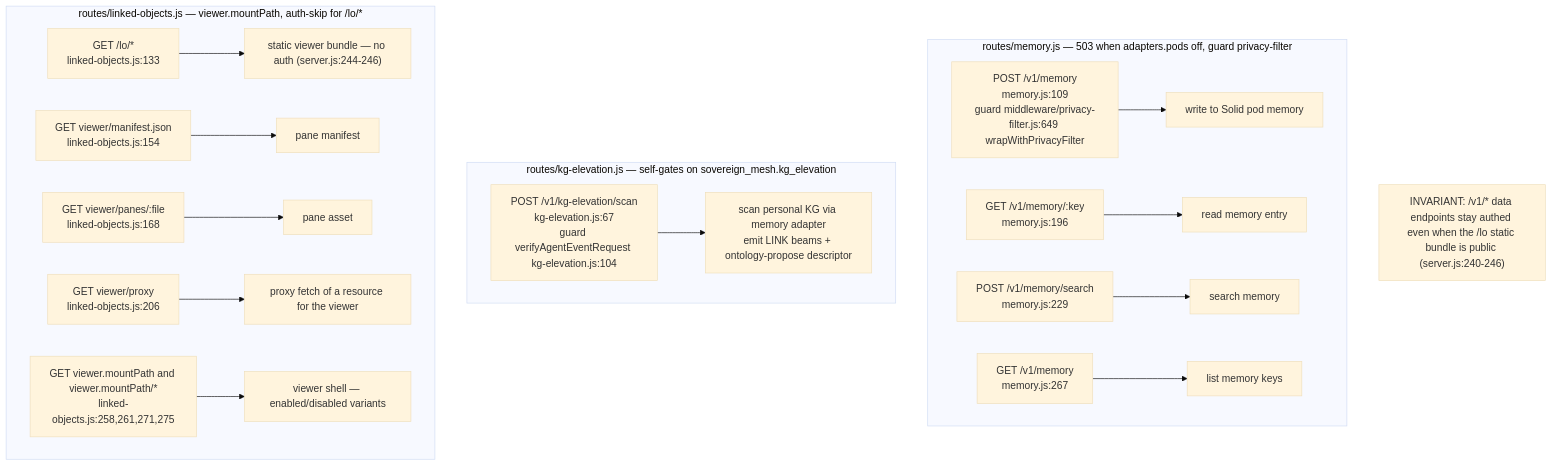
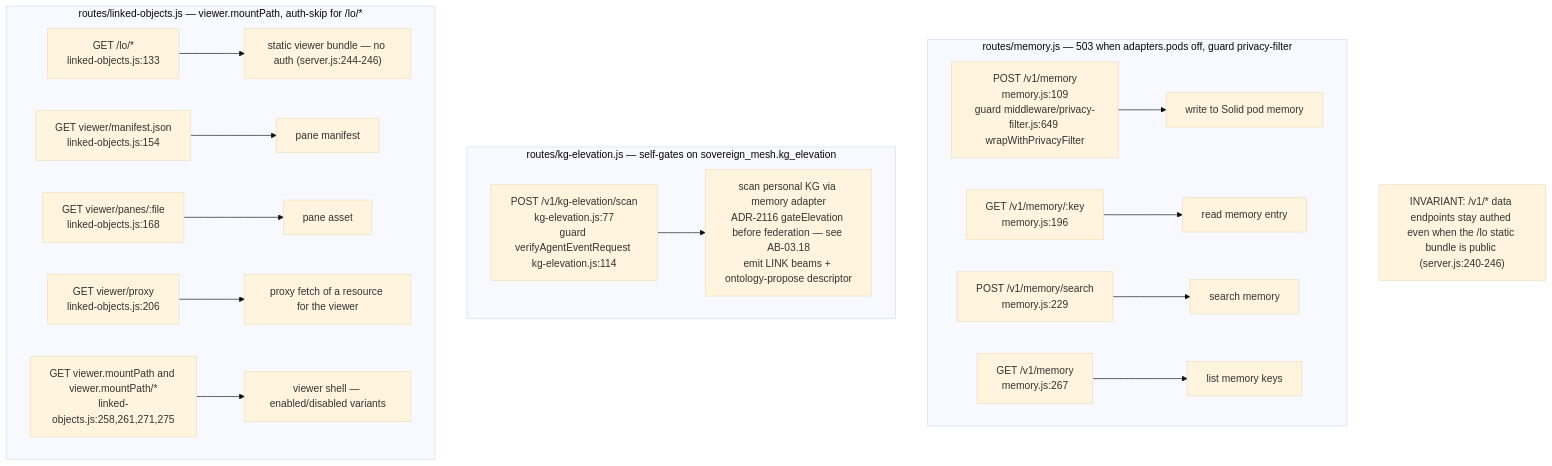
The eighth of 17 diagrams in docs/diagrams/agentbox/03-management-api-request-lifecycle.md (DreamLab-AI/VisionFlow), drawn with Mermaid (base theme) before and after one commit. The commit also changed other lines of this file and 136 other files, not shown here.

First line of the commit message:
docs(diagrams): refresh the whole corpus to code HEAD and prune low-value diagrams

````diff
--- a/docs/diagrams/agentbox/03-management-api-request-lifecycle.md
+++ b/docs/diagrams/agentbox/03-management-api-request-lifecycle.md
@@ -332,20 +330,20 @@
 ```mermaid
 flowchart TD
     subgraph memory["routes/memory.js — 503 when adapters.pods off, guard privacy-filter"]
         M1["POST /v1/memory<br/>memory.js:109<br/>guard middleware/privacy-filter.js:649 wrapWithPrivacyFilter"] --> MH1["write to Solid pod memory"]
         M2["GET /v1/memory/:key<br/>memory.js:196"] --> MH2["read memory entry"]
         M3["POST /v1/memory/search<br/>memory.js:229"] --> MH3["search memory"]
         M4["GET /v1/memory<br/>memory.js:267"] --> MH4["list memory keys"]
     end
     subgraph kg["routes/kg-elevation.js — self-gates on sovereign_mesh.kg_elevation"]
-        K1["POST /v1/kg-elevation/scan<br/>kg-elevation.js:67<br/>guard verifyAgentEventRequest kg-elevation.js:104"] --> KH1["scan personal KG via memory adapter<br/>emit LINK beams + ontology-propose descriptor"]
+        K1["POST /v1/kg-elevation/scan<br/>kg-elevation.js:77<br/>guard verifyAgentEventRequest kg-elevation.js:114"] --> KH1["scan personal KG via memory adapter<br/>ADR-2116 gateElevation before federation — see AB-03.18<br/>emit LINK beams + ontology-propose descriptor"]
     end
     subgraph lo["routes/linked-objects.js — viewer.mountPath, auth-skip for /lo/*"]
         L1["GET /lo/*<br/>linked-objects.js:133"] --> LH1["static viewer bundle — no auth (server.js:244-246)"]
         L2["GET viewer/manifest.json<br/>linked-objects.js:154"] --> LH2["pane manifest"]
         L3["GET viewer/panes/:file<br/>linked-objects.js:168"] --> LH3["pane asset"]
         L4["GET viewer/proxy<br/>linked-objects.js:206"] --> LH4["proxy fetch of a resource for the viewer"]
         L5["GET viewer.mountPath and viewer.mountPath/*<br/>linked-objects.js:258,261,271,275"] --> LH5["viewer shell — enabled/disabled variants"]
     end
     Note1["INVARIANT: /v1/* data endpoints stay authed even when the /lo static bundle is public (server.js:240-246)"]
 ```
````
